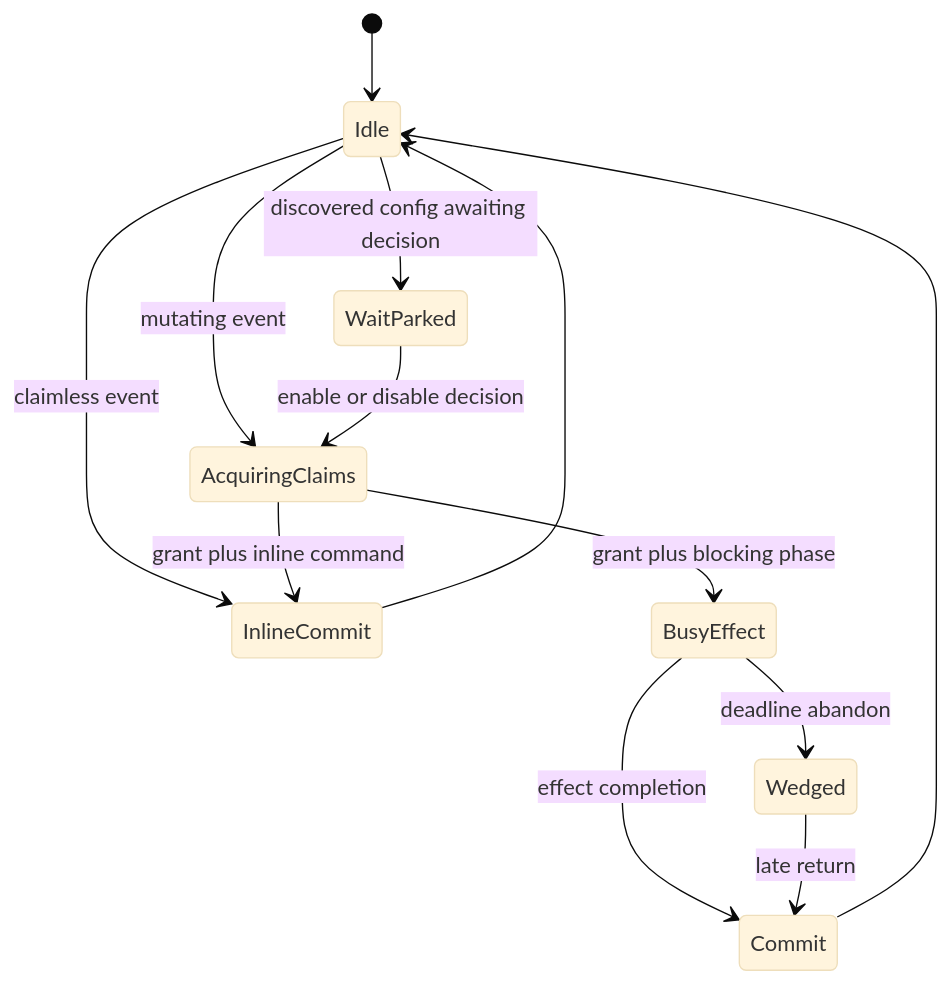
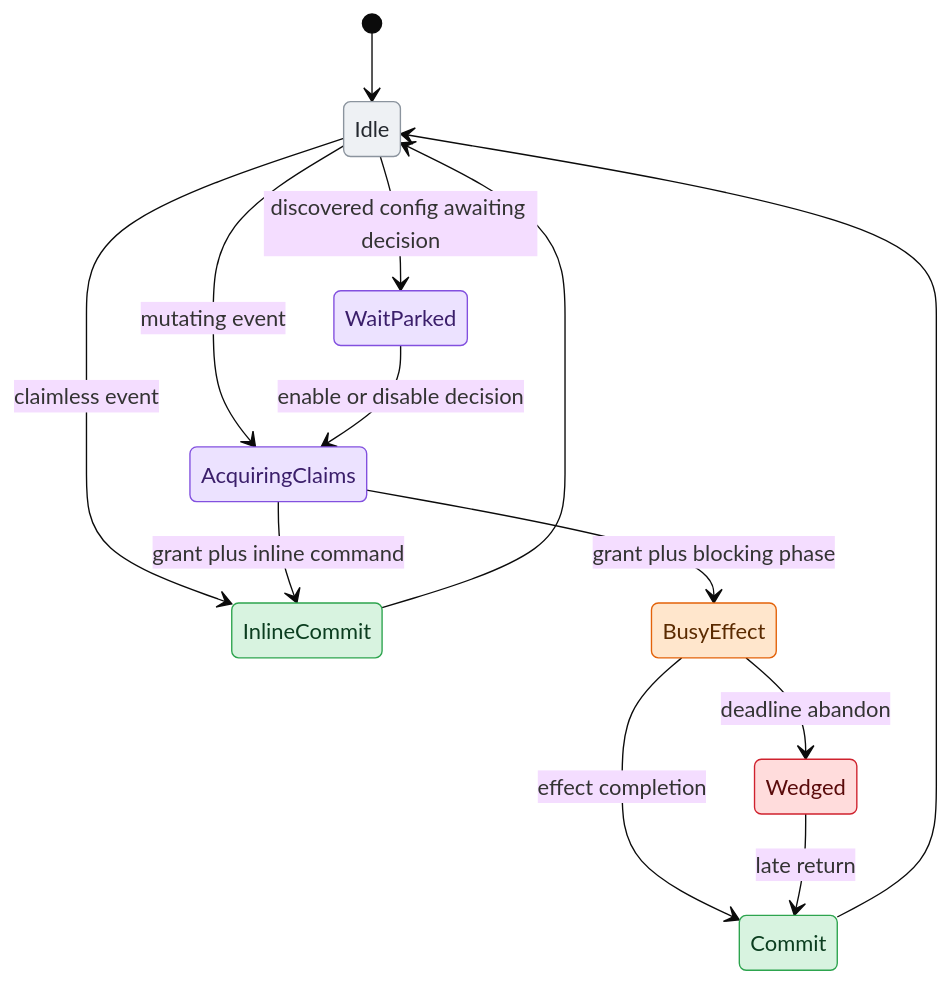
One commit to netdata/netdata changed the fourth of 5 diagrams in src/go/plugin/agent/jobmgr/ARCHITECTURE.md. Above: the diagram before and after it, drawn with Mermaid (base theme). The commit also changed other lines of this file and 2 other files, not shown here.

Commit message:
test(go.d/jobmgr): harden effect lifecycle invariants

````diff
--- a/src/go/plugin/agent/jobmgr/ARCHITECTURE.md
+++ b/src/go/plugin/agent/jobmgr/ARCHITECTURE.md
@@ -159,15 +258,27 @@
 ```mermaid
 stateDiagram-v2
     [*] --> Idle
     Idle --> AcquiringClaims: mutating event
     Idle --> InlineCommit: claimless event
     Idle --> WaitParked: discovered config awaiting decision
     WaitParked --> AcquiringClaims: enable or disable decision
     AcquiringClaims --> BusyEffect: grant plus blocking phase
     AcquiringClaims --> InlineCommit: grant plus inline command
     BusyEffect --> Commit: effect completion
     BusyEffect --> Wedged: deadline abandon
     Wedged --> Commit: late return
     InlineCommit --> Idle
     Commit --> Idle
+
+    classDef input fill:#eef1f4,stroke:#8b949e,color:#24292f;
+    classDef sched fill:#ece2ff,stroke:#8250df,color:#3b1f6b;
+    classDef effect fill:#ffe6cc,stroke:#e36209,color:#5a2a00;
+    classDef commit fill:#d8f3e0,stroke:#2da44e,color:#0b3d1f;
+    classDef hard fill:#ffdcdc,stroke:#cf222e,color:#5a0b0b;
+
+    class Idle input
+    class AcquiringClaims,WaitParked sched
+    class BusyEffect effect
+    class Wedged hard
+    class InlineCommit,Commit commit
 ```
````
